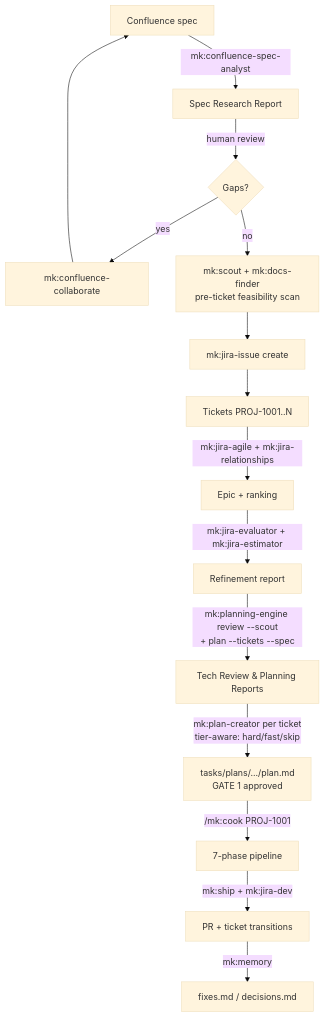
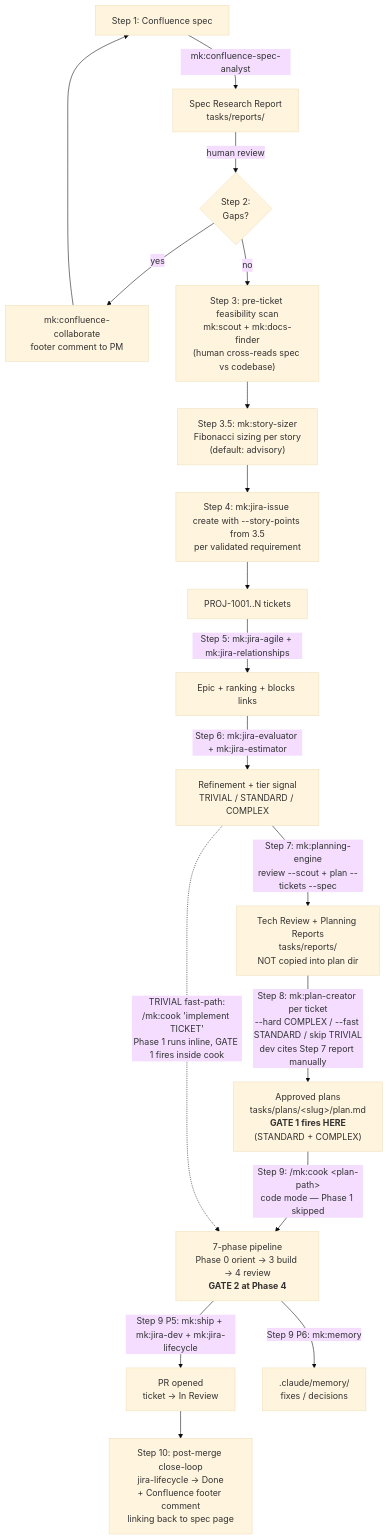
One commit to ngocsangyem/MeowKit changed the diagram in website/workflows/spec-to-pr-walkthrough.md. Above: the diagram before and after it, drawn with Mermaid (base theme). The commit also changed other lines of this file and 30 other files, not shown here.

Commit message:
feat: implement story-sizer skill for paste-based story estimation and automated Jira ticket creation

````diff
--- a/website/workflows/spec-to-pr-walkthrough.md
+++ b/website/workflows/spec-to-pr-walkthrough.md
@@ -29,17 +29,20 @@
 ```mermaid
 flowchart TD
-    A[Confluence spec] -->|mk:confluence-spec-analyst| B[Spec Research Report]
-    B -->|human review| C{Gaps?}
-    C -->|yes| D[mk:confluence-collaborate]
+    A[Step 1: Confluence spec] -->|mk:confluence-spec-analyst| B["Spec Research Report<br/>tasks/reports/"]
+    B -->|human review| C{Step 2:<br/>Gaps?}
+    C -->|yes| D[mk:confluence-collaborate<br/>footer comment to PM]
     D --> A
-    C -->|no| S[mk:scout + mk:docs-finder<br/>pre-ticket feasibility scan]
-    S --> E[mk:jira-issue create]
-    E --> F[Tickets PROJ-1001..N]
-    F -->|mk:jira-agile + mk:jira-relationships| G[Epic + ranking]
-    G -->|mk:jira-evaluator + mk:jira-estimator| H[Refinement report]
-    H -->|mk:planning-engine review --scout<br/>+ plan --tickets --spec| I[Tech Review &amp; Planning Reports]
-    I -->|mk:plan-creator per ticket<br/>tier-aware: hard/fast/skip| P[tasks/plans/.../plan.md<br/>GATE 1 approved]
-    P -->|/mk:cook PROJ-1001| J[7-phase pipeline]
-    J -->|mk:ship + mk:jira-dev| K[PR + ticket transitions]
-    K -->|mk:memory| L[fixes.md / decisions.md]
+    C -->|no| S["Step 3: pre-ticket feasibility scan<br/>mk:scout + mk:docs-finder<br/>(human cross-reads spec vs codebase)"]
+    S --> Z["Step 3.5: mk:story-sizer<br/>Fibonacci sizing per story<br/>(default: advisory)"]
+    Z --> E[Step 4: mk:jira-issue create with --story-points from 3.5<br/>per validated requirement]
+    E --> F["PROJ-1001..N tickets"]
+    F -->|Step 5: mk:jira-agile + mk:jira-relationships| G[Epic + ranking + blocks links]
+    G -->|Step 6: mk:jira-evaluator + mk:jira-estimator| H["Refinement + tier signal<br/>TRIVIAL / STANDARD / COMPLEX"]
+    H -->|Step 7: mk:planning-engine<br/>review --scout + plan --tickets --spec| I["Tech Review + Planning Reports<br/>tasks/reports/<br/>NOT copied into plan dir"]
+    I -->|Step 8: mk:plan-creator per ticket<br/>--hard COMPLEX / --fast STANDARD / skip TRIVIAL<br/>dev cites Step 7 report manually| P["Approved plans<br/>tasks/plans/&lt;slug&gt;/plan.md<br/><b>GATE 1 fires HERE</b><br/>(STANDARD + COMPLEX)"]
+    P -->|Step 9: /mk:cook &lt;plan-path&gt;<br/>code mode — Phase 1 skipped| J["7-phase pipeline<br/>Phase 0 orient → 3 build → 4 review<br/><b>GATE 2 at Phase 4</b>"]
+    H -.->|TRIVIAL fast-path:<br/>/mk:cook 'implement TICKET'<br/>Phase 1 runs inline, GATE 1 fires inside cook| J
+    J -->|Step 9 P5: mk:ship + mk:jira-dev + mk:jira-lifecycle| K[PR opened<br/>ticket → In Review]
+    J -->|Step 9 P6: mk:memory| L[".claude/memory/<br/>fixes / decisions"]
+    K --> M["Step 10: post-merge close-loop<br/>jira-lifecycle → Done<br/>+ Confluence footer comment<br/>linking back to spec page"]
 ```
````
